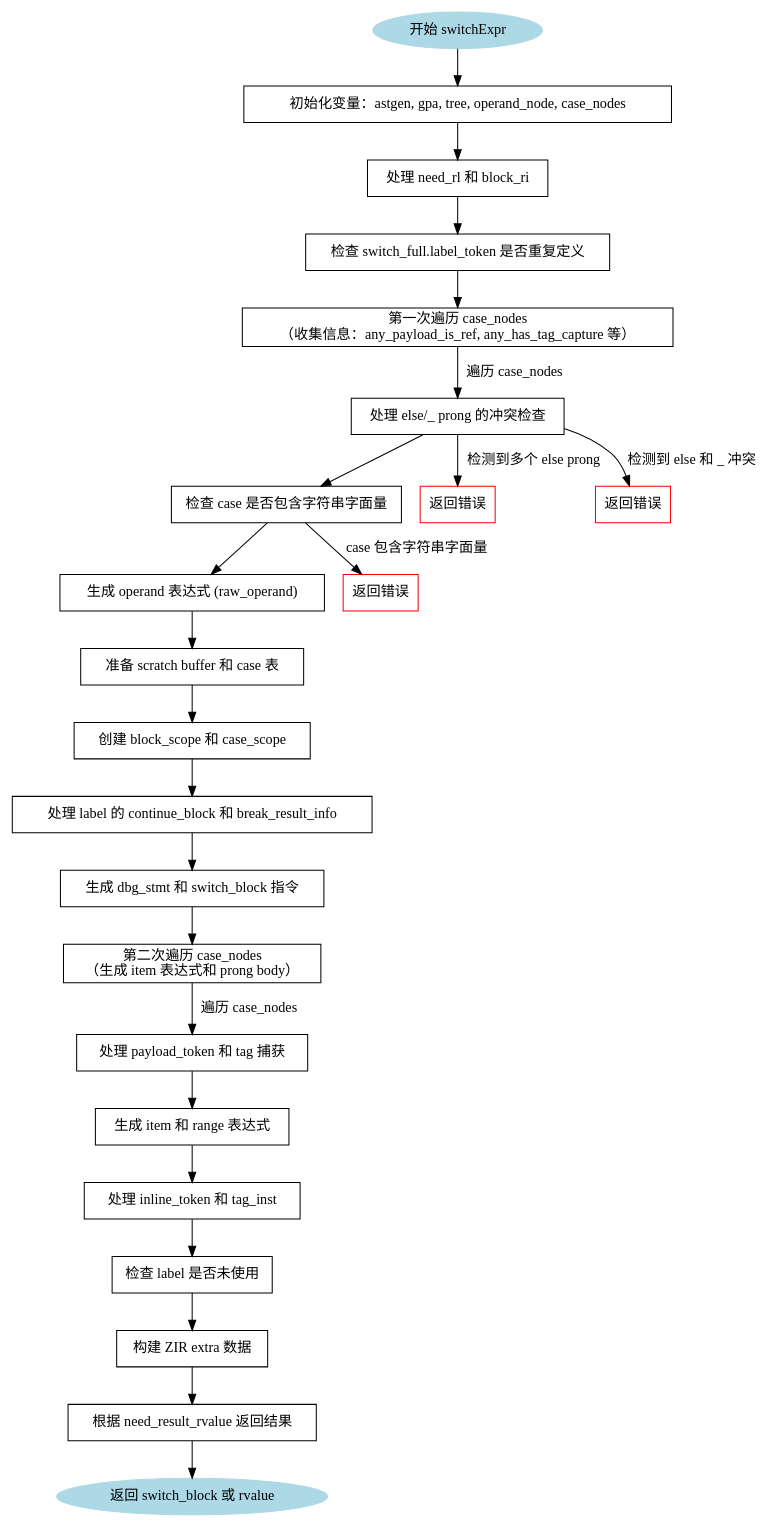
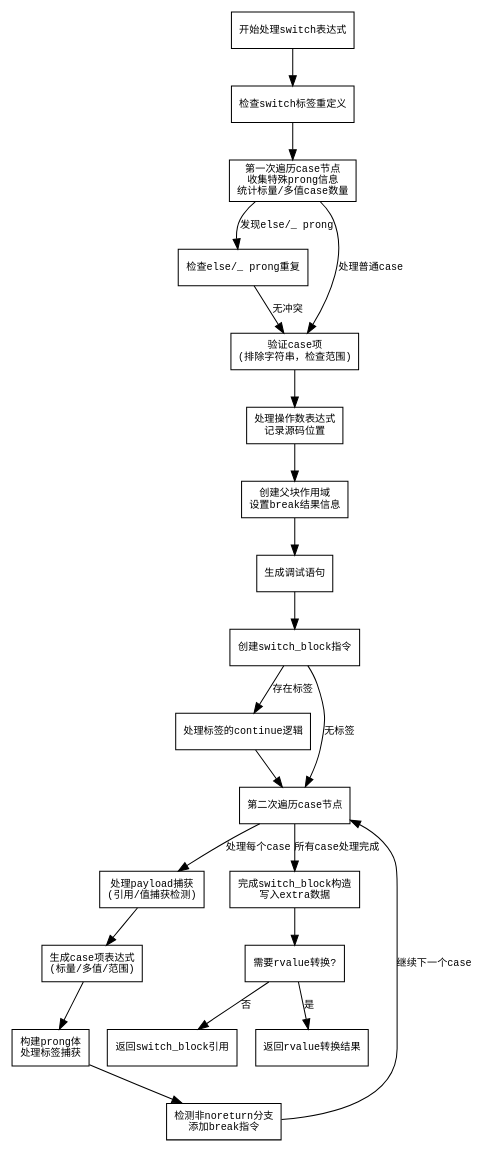
Before and after one commit to sdzx-1/deepseek-zig-reader: the diagram in dot_std/zig/AstGen.zig.switchExpr.md, drawn with Graphviz. The commit also changed other lines of this file and 236 other files, not shown here.

````diff
--- a/dot_std/zig/AstGen.zig.switchExpr.md
+++ b/dot_std/zig/AstGen.zig.switchExpr.md
@@ -56,61 +23,48 @@
 ```dot
 digraph flowchart {
-    node [shape=ellipse, style=filled, color=lightblue];
-    start [label="开始 switchExpr"];
-    end [label="返回 switch_block 或 rvalue", shape=ellipse];
+    node [shape=rectangle, fontname="Courier", fontsize=10];
+    edge [fontname="Courier", fontsize=10];
+    
+    start [label="开始处理switch表达式"];
+    check_label [label="检查switch标签重定义"];
+    first_pass [label="第一次遍历case节点\n收集特殊prong信息\n统计标量/多值case数量"];
+    check_duplicates [label="检查else/_ prong重复"];
+    validate_items [label="验证case项\n(排除字符串，检查范围)"];
+    handle_operand [label="处理操作数表达式\n记录源码位置"];
+    create_block [label="创建父块作用域\n设置break结果信息"];
+    emit_dbg_stmt [label="生成调试语句"];
+    make_switch_block [label="创建switch_block指令"];
+    handle_label [label="处理标签的continue逻辑"];
+    second_pass [label="第二次遍历case节点"];
+    handle_payload [label="处理payload捕获\n(引用/值捕获检测)"];
+    generate_items [label="生成case项表达式\n(标量/多值/范围)"];
+    build_prong [label="构建prong体\n处理标签捕获"];
+    check_break [label="检测非noreturn分支\n添加break指令"];
+    finalize_block [label="完成switch_block构造\n写入extra数据"];
+    need_rvalue [label="需要rvalue转换?"];
+    return_result [label="返回switch_block引用"];
+    return_rvalue [label="返回rvalue转换结果"];
 
-    node [shape=rectangle, color=black, style=solid];
-
-    init_vars [label="初始化变量：astgen, gpa, tree, operand_node, case_nodes"];
-    process_need_rl [label="处理 need_rl 和 block_ri"];
-    check_label [label="检查 switch_full.label_token 是否重复定义"];
-    first_pass [label="第一次遍历 case_nodes\n（收集信息：any_payload_is_ref, any_has_tag_capture 等）"];
-    handle_special_prongs [label="处理 else/_ prong 的冲突检查"];
-    check_string_literals [label="检查 case 是否包含字符串字面量"];
-    generate_operand [label="生成 operand 表达式 (raw_operand)"];
-    prepare_scratch [label="准备 scratch buffer 和 case 表"];
-    create_scopes [label="创建 block_scope 和 case_scope"];
-    handle_label [label="处理 label 的 continue_block 和 break_result_info"];
-    emit_dbg_stmt [label="生成 dbg_stmt 和 switch_block 指令"];
-    second_pass [label="第二次遍历 case_nodes\n（生成 item 表达式和 prong body）"];
-    process_payload [label="处理 payload_token 和 tag 捕获"];
-    generate_item_range [label="生成 item 和 range 表达式"];
-    handle_inline [label="处理 inline_token 和 tag_inst"];
-    check_unused_label [label="检查 label 是否未使用"];
-    build_zir_extra [label="构建 ZIR extra 数据"];
-    return_result [label="根据 need_result_rvalue 返回结果"];
-
-    // 连接节点
-    start -> init_vars;
-    init_vars -> process_need_rl;
-    process_need_rl -> check_label;
+    start -> check_label;
     check_label -> first_pass;
-
-    first_pass -> handle_special_prongs [label="遍历 case_nodes"];
-    handle_special_prongs -> check_string_literals;
-    check_string_literals -> generate_operand;
-
-    generate_operand -> prepare_scratch;
-    prepare_scratch -> create_scopes;
-    create_scopes -> handle_label;
-    handle_label -> emit_dbg_stmt;
-    emit_dbg_stmt -> second_pass;
-
-    second_pass -> process_payload [label="遍历 case_nodes"];
-    process_payload -> generate_item_range;
-    generate_item_range -> handle_inline;
-    handle_inline -> check_unused_label;
-
-    check_unused_label -> build_zir_extra;
-    build_zir_extra -> return_result;
-    return_result -> end;
-
-    // 错误处理分支示例
-    handle_special_prongs -> error_else [label="检测到多个 else prong"];
-    error_else [label="返回错误", shape=rectangle, color=red];
-    handle_special_prongs -> error_under [label="检测到 else 和 _ 冲突"];
-    error_under [label="返回错误", shape=rectangle, color=red];
-    check_string_literals -> error_string [label="case 包含字符串字面量"];
-    error_string [label="返回错误", shape=rectangle, color=red];
+    first_pass -> check_duplicates [label="发现else/_ prong"];
+    first_pass -> validate_items [label="处理普通case"];
+    check_duplicates -> validate_items [label="无冲突"];
+    validate_items -> handle_operand;
+    handle_operand -> create_block;
+    create_block -> emit_dbg_stmt;
+    emit_dbg_stmt -> make_switch_block;
+    make_switch_block -> handle_label [label="存在标签"];
+    handle_label -> second_pass;
+    make_switch_block -> second_pass [label="无标签"];
+    second_pass -> handle_payload [label="处理每个case"];
+    handle_payload -> generate_items;
+    generate_items -> build_prong;
+    build_prong -> check_break;
+    check_break -> second_pass [label="继续下一个case"];
+    second_pass -> finalize_block [label="所有case处理完成"];
+    finalize_block -> need_rvalue;
+    need_rvalue -> return_rvalue [label="是"];
+    need_rvalue -> return_result [label="否"];
 }
 ```
````
